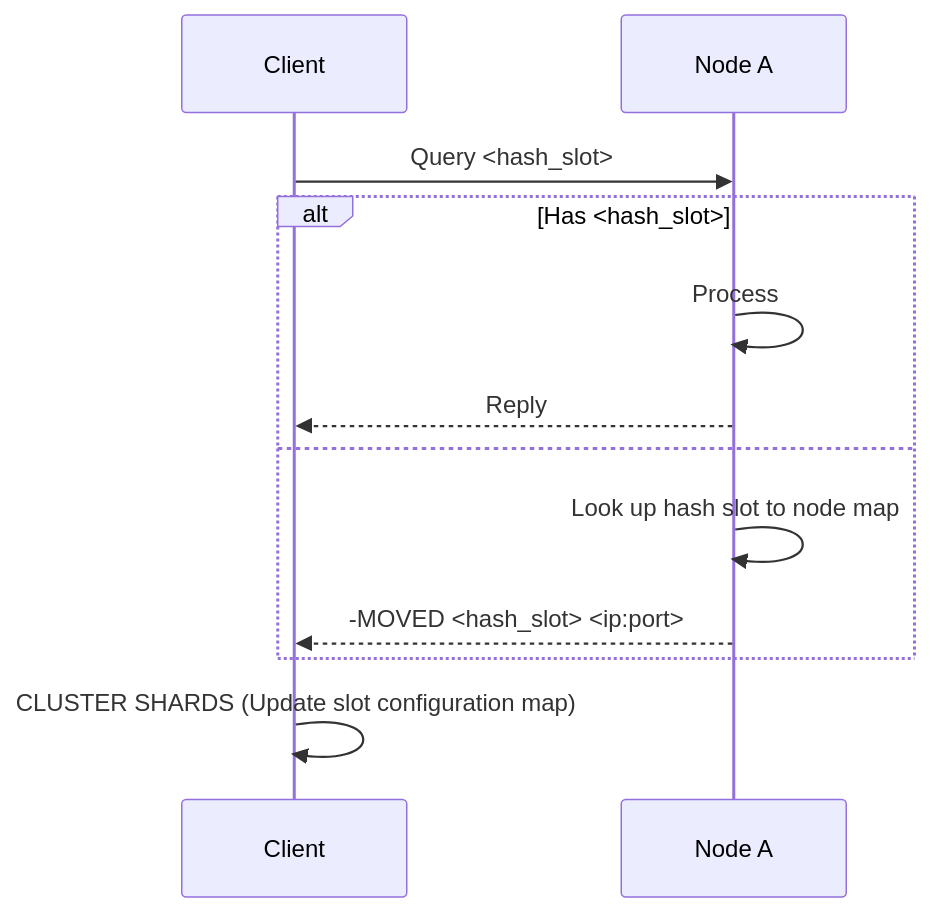
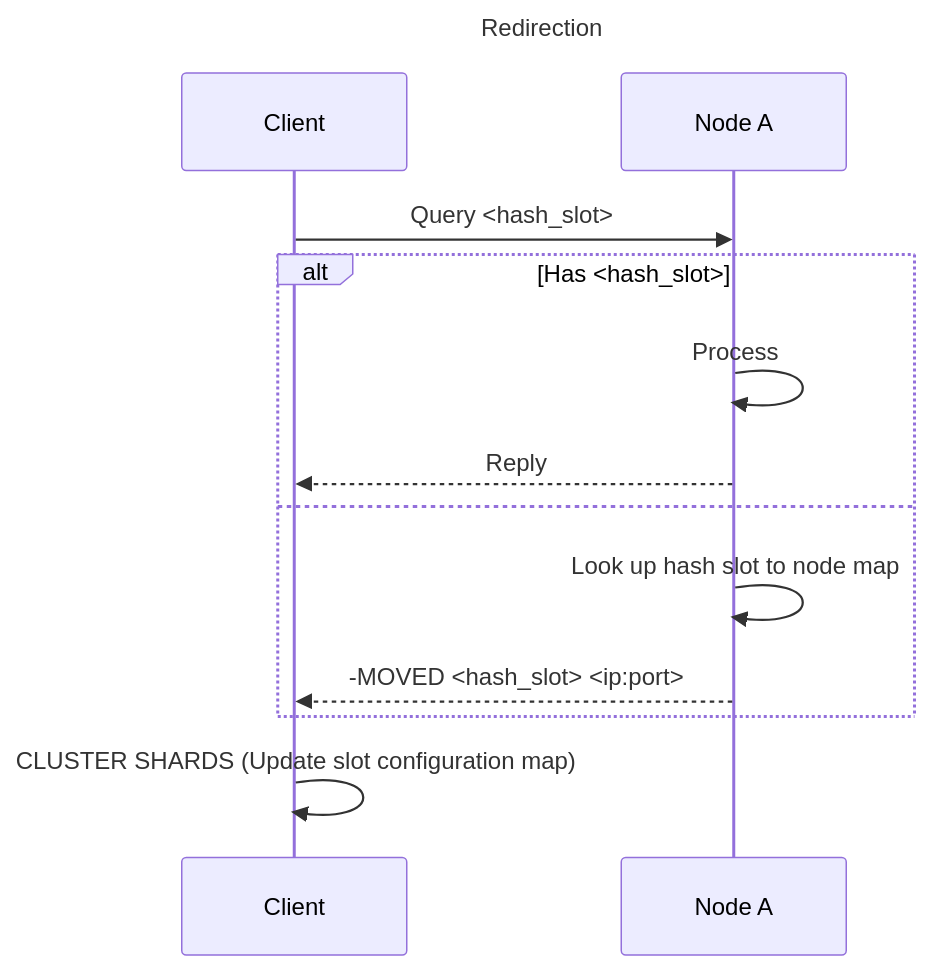
Before and after one commit to qinghaoh/qinghaoh.github.io: the fourth of 8 diagrams in _posts/2022-08-29-system-design.markdown, drawn with Mermaid. The commit also changed other lines of this file and 5 other files, not shown here.

````diff
--- a/_posts/2022-08-29-system-design.markdown
+++ b/_posts/2022-08-29-system-design.markdown
@@ -93,12 +130,15 @@
 ```mermaid
+---
+title: Redirection
+---
 sequenceDiagram
     Client->>Node A: Query <hash_slot>
     alt Has <hash_slot>
         Node A->>Node A: Process
         Node A-->>Client: Reply
     else
         Node A->>Node A: Look up hash slot to node map
         Node A-->>Client: -MOVED <hash_slot> <ip:port>
     end
     Client->>Client: CLUSTER SHARDS (Update slot configuration map)
 ```
````
